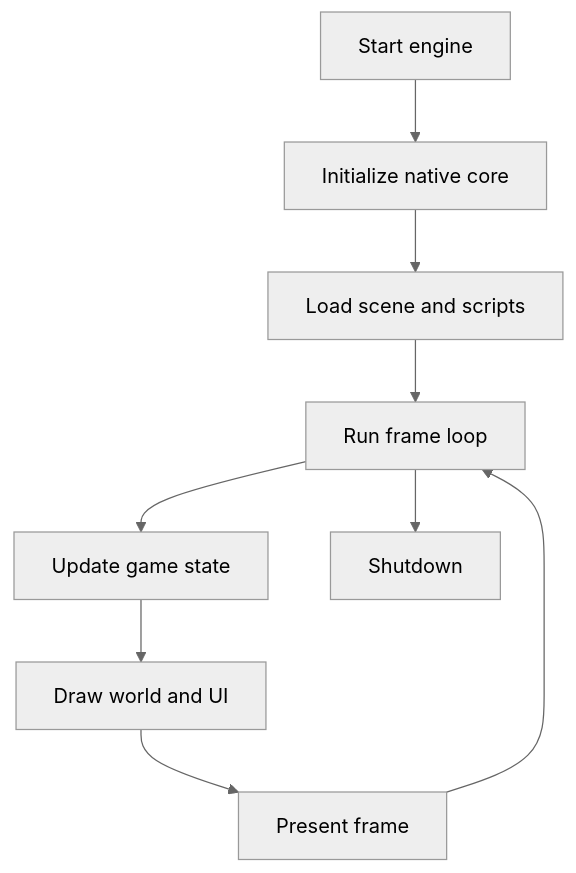
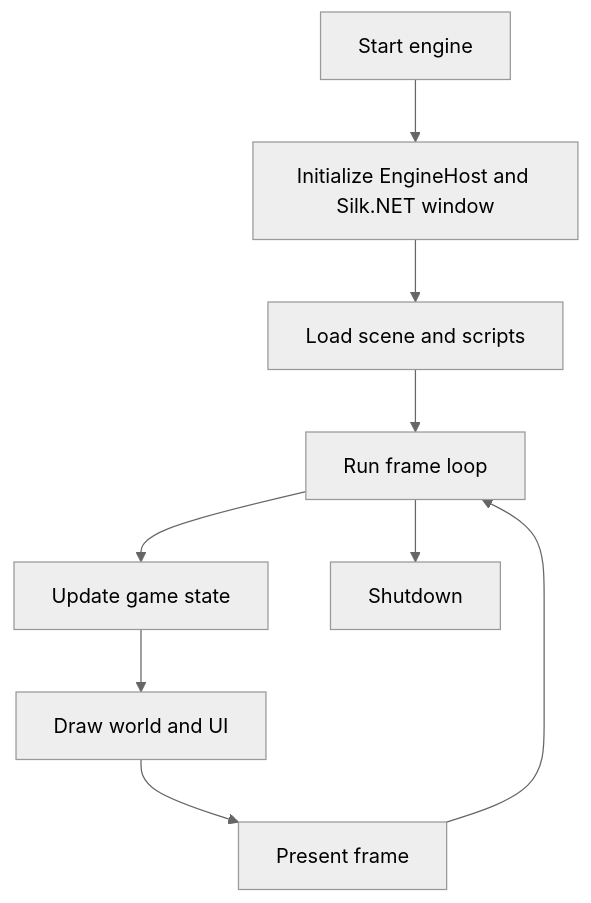
Before and after one commit to jihadkhawaja/AssemblyEngine: the second of 3 diagrams in docs/architecture.md, drawn with Mermaid (neutral theme). The commit also changed other lines of this file and 61 other files, not shown here.

````diff
--- a/docs/architecture.md
+++ b/docs/architecture.md
@@ -57,11 +46,11 @@
 ```mermaid
 flowchart TD
-    Start[Start engine] --> Init[Initialize native core]
+    Start[Start engine] --> Init[Initialize EngineHost and Silk.NET window]
     Init --> Load[Load scene and scripts]
     Load --> Loop[Run frame loop]
     Loop --> Update[Update game state]
     Update --> Draw[Draw world and UI]
     Draw --> Present[Present frame]
     Present --> Loop
     Loop --> Stop[Shutdown]
 ```
````
